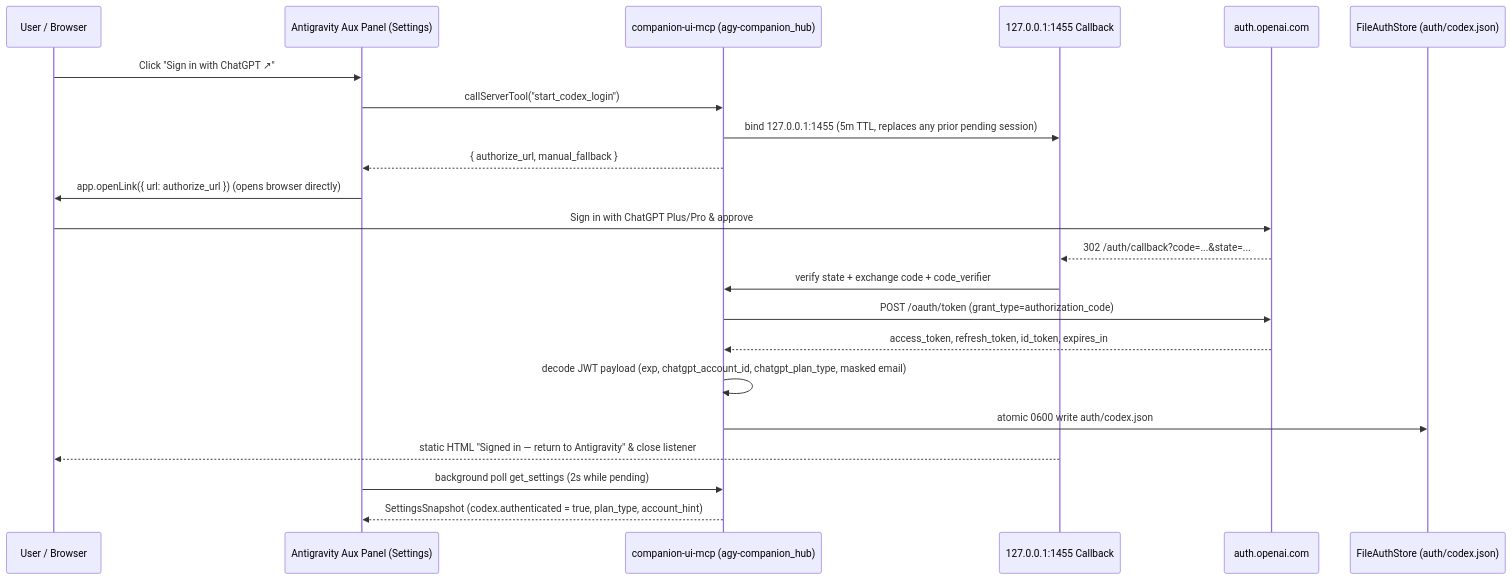
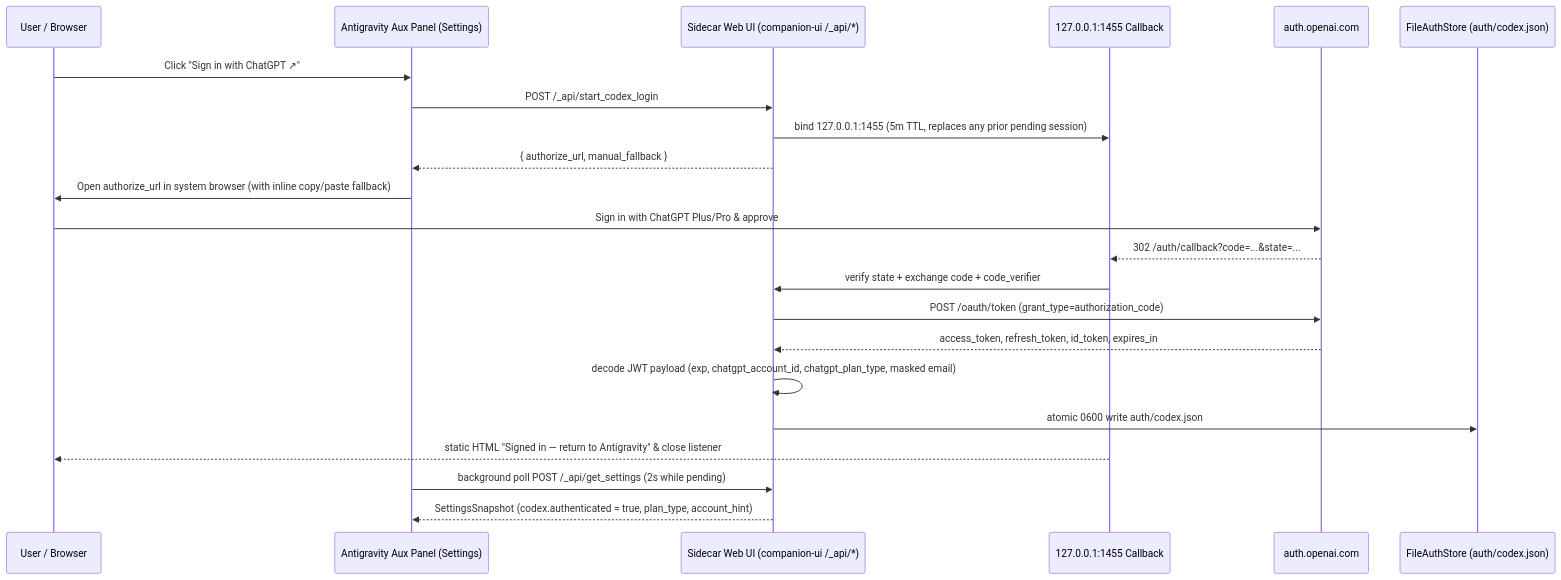
One commit to Jacksunwei/agy-companion changed the first of 2 diagrams in docs/design/openai-codex-provider.md. Above: the diagram before and after it, drawn with Mermaid. The commit also changed other lines of this file and 73 other files, not shown here.

First line of the commit message:
refactor(ui): drop legacy mcp app and standardize on sidecar web ui (#60)

````diff
--- a/docs/design/openai-codex-provider.md
+++ b/docs/design/openai-codex-provider.md
@@ -160,25 +160,25 @@
 ```mermaid
 sequenceDiagram
     participant User as User / Browser
     participant UI as Antigravity Aux Panel (Settings)
-    participant MCP as companion-ui-mcp (agy-companion_hub)
+    participant Sidecar as Sidecar Web UI (companion-ui /_api/*)
     participant Loopback as 127.0.0.1:1455 Callback
     participant OAI as auth.openai.com
     participant Store as FileAuthStore (auth/codex.json)
 
     User->>UI: Click "Sign in with ChatGPT ↗"
-    UI->>MCP: callServerTool("start_codex_login")
-    MCP->>Loopback: bind 127.0.0.1:1455 (5m TTL, replaces any prior pending session)
-    MCP-->>UI: { authorize_url, manual_fallback }
-    UI->>User: app.openLink({ url: authorize_url }) (opens browser directly)
+    UI->>Sidecar: POST /_api/start_codex_login
+    Sidecar->>Loopback: bind 127.0.0.1:1455 (5m TTL, replaces any prior pending session)
+    Sidecar-->>UI: { authorize_url, manual_fallback }
+    UI->>User: Open authorize_url in system browser (with inline copy/paste fallback)
     User->>OAI: Sign in with ChatGPT Plus/Pro & approve
     OAI-->>Loopback: 302 /auth/callback?code=...&state=...
-    Loopback->>MCP: verify state + exchange code + code_verifier
-    MCP->>OAI: POST /oauth/token (grant_type=authorization_code)
-    OAI-->>MCP: access_token, refresh_token, id_token, expires_in
-    MCP->>MCP: decode JWT payload (exp, chatgpt_account_id, chatgpt_plan_type, masked email)
-    MCP->>Store: atomic 0600 write auth/codex.json
+    Loopback->>Sidecar: verify state + exchange code + code_verifier
+    Sidecar->>OAI: POST /oauth/token (grant_type=authorization_code)
+    OAI-->>Sidecar: access_token, refresh_token, id_token, expires_in
+    Sidecar->>Sidecar: decode JWT payload (exp, chatgpt_account_id, chatgpt_plan_type, masked email)
+    Sidecar->>Store: atomic 0600 write auth/codex.json
     Loopback-->>User: static HTML "Signed in — return to Antigravity" & close listener
-    UI->>MCP: background poll get_settings (2s while pending)
-    MCP-->>UI: SettingsSnapshot (codex.authenticated = true, plan_type, account_hint)
+    UI->>Sidecar: background poll POST /_api/get_settings (2s while pending)
+    Sidecar-->>UI: SettingsSnapshot (codex.authenticated = true, plan_type, account_hint)
 ```
````
